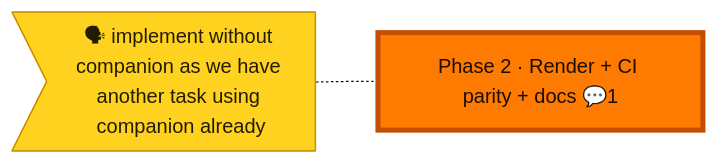
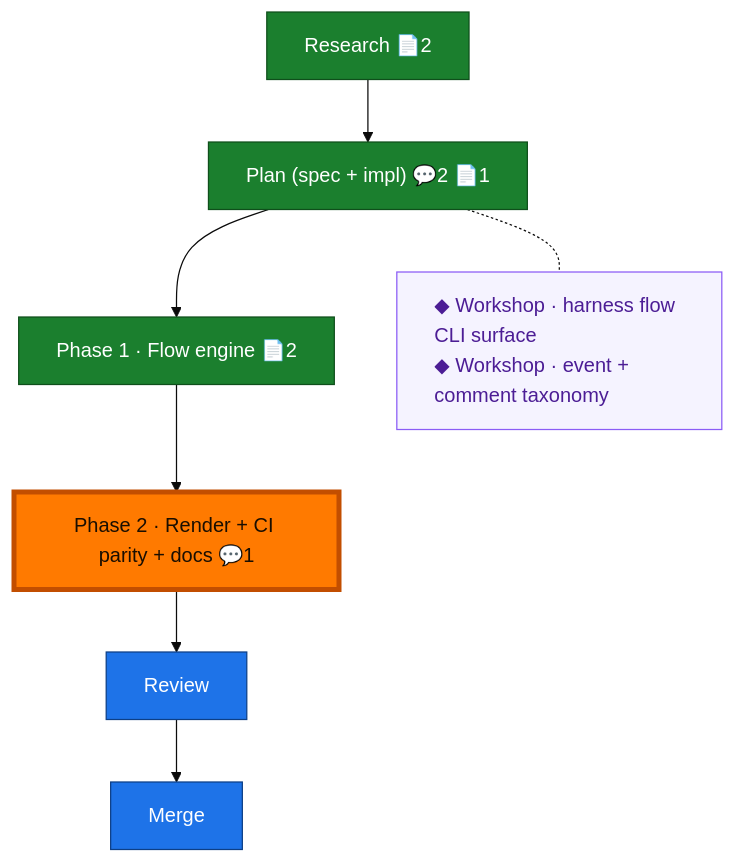
One commit to AI-Substrate/harness-engineering changed the diagram in harness/cli/test/services/flow/fixtures/render/flight-plan-024.md. Above: the diagram before and after it, drawn with Mermaid (base theme). The commit also changed other lines of this file and 9 other files, not shown here.

First line of the commit message:
feat(flow-render): TD two-column renderer layout (plan 043)

````diff
--- a/harness/cli/test/services/flow/fixtures/render/flight-plan-024.md
+++ b/harness/cli/test/services/flow/fixtures/render/flight-plan-024.md
@@ -53,10 +8,23 @@
 ```mermaid
-flowchart LR
+flowchart TD
+    research["Research 📄2"]:::done
+    plan["Plan (spec + impl) 💬2 📄1"]:::done
+    p1["Phase 1 · Flow engine 📄2"]:::done
     p2["Phase 2 · Render + CI parity + docs 💬1"]:::wip
-    say_p2>"🗣 implement without companion as we have another task using companion already"]:::said
-    say_p2 -.- p2
+    review["Review"]:::known
+    merge["Merge"]:::known
+
+    research --> plan --> p1 --> p2 --> review --> merge
+
+    planC["◆ Workshop · harness flow CLI surface<br/>◆ Workshop · event + comment taxonomy"]:::chore
+
+    %% dotted links pull each gutter box beside its node
+    plan -.- planC
+
+    classDef done fill:#1B7F2E,stroke:#0F4F1B,color:#fff;
     classDef wip fill:#43C04A,stroke:#1B7F2E,color:#04210A;
-    classDef said fill:#FFD21F,stroke:#C79100,color:#241c00;
+    classDef known fill:#1E73E8,stroke:#0D3F86,color:#fff;
+    classDef chore fill:#f5f3ff,stroke:#8b5cf6,color:#4c1d95,text-align:left;
     classDef current fill:#FF7A00,stroke:#C24E00,color:#1a0e00,stroke-width:4px;
     class p2 current;
 ```
````
